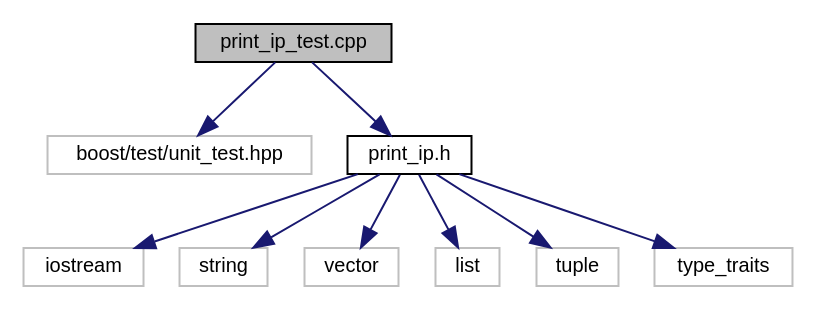
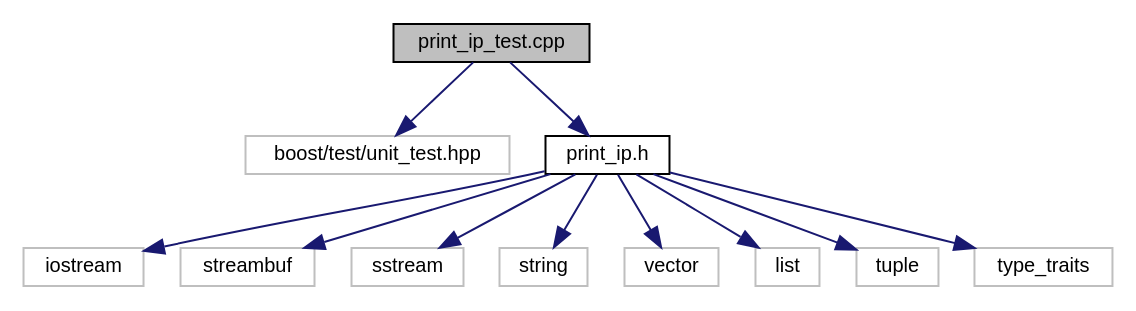
One commit to AndreyAndreevich/print_ip changed the diagram in print__ip__test_8cpp__incl.dot. Above: the diagram before and after it, drawn with Graphviz. The commit also changed 60 other files, not shown here.

```diff
--- a/print__ip__test_8cpp__incl.dot
+++ b/print__ip__test_8cpp__incl.dot
@@ -1,22 +1,26 @@
 digraph "print_ip_test.cpp"
 {
   edge [fontname="Helvetica",fontsize="10",labelfontname="Helvetica",labelfontsize="10"];
   node [fontname="Helvetica",fontsize="10",shape=record];
   Node1 [label="print_ip_test.cpp",height=0.2,width=0.4,color="black", fillcolor="grey75", style="filled" fontcolor="black"];
   Node1 -> Node2 [color="midnightblue",fontsize="10",style="solid",fontname="Helvetica"];
   Node2 [label="boost/test/unit_test.hpp",height=0.2,width=0.4,color="grey75", fillcolor="white", style="filled"];
   Node1 -> Node3 [color="midnightblue",fontsize="10",style="solid",fontname="Helvetica"];
   Node3 [label="print_ip.h",height=0.2,width=0.4,color="black", fillcolor="white", style="filled",URL="$print__ip_8h.html"];
   Node3 -> Node4 [color="midnightblue",fontsize="10",style="solid",fontname="Helvetica"];
   Node4 [label="iostream",height=0.2,width=0.4,color="grey75", fillcolor="white", style="filled"];
   Node3 -> Node5 [color="midnightblue",fontsize="10",style="solid",fontname="Helvetica"];
-  Node5 [label="string",height=0.2,width=0.4,color="grey75", fillcolor="white", style="filled"];
+  Node5 [label="streambuf",height=0.2,width=0.4,color="grey75", fillcolor="white", style="filled"];
   Node3 -> Node6 [color="midnightblue",fontsize="10",style="solid",fontname="Helvetica"];
-  Node6 [label="vector",height=0.2,width=0.4,color="grey75", fillcolor="white", style="filled"];
+  Node6 [label="sstream",height=0.2,width=0.4,color="grey75", fillcolor="white", style="filled"];
   Node3 -> Node7 [color="midnightblue",fontsize="10",style="solid",fontname="Helvetica"];
-  Node7 [label="list",height=0.2,width=0.4,color="grey75", fillcolor="white", style="filled"];
+  Node7 [label="string",height=0.2,width=0.4,color="grey75", fillcolor="white", style="filled"];
   Node3 -> Node8 [color="midnightblue",fontsize="10",style="solid",fontname="Helvetica"];
-  Node8 [label="tuple",height=0.2,width=0.4,color="grey75", fillcolor="white", style="filled"];
+  Node8 [label="vector",height=0.2,width=0.4,color="grey75", fillcolor="white", style="filled"];
   Node3 -> Node9 [color="midnightblue",fontsize="10",style="solid",fontname="Helvetica"];
-  Node9 [label="type_traits",height=0.2,width=0.4,color="grey75", fillcolor="white", style="filled"];
+  Node9 [label="list",height=0.2,width=0.4,color="grey75", fillcolor="white", style="filled"];
+  Node3 -> Node10 [color="midnightblue",fontsize="10",style="solid",fontname="Helvetica"];
+  Node10 [label="tuple",height=0.2,width=0.4,color="grey75", fillcolor="white", style="filled"];
+  Node3 -> Node11 [color="midnightblue",fontsize="10",style="solid",fontname="Helvetica"];
+  Node11 [label="type_traits",height=0.2,width=0.4,color="grey75", fillcolor="white", style="filled"];
 }
```
